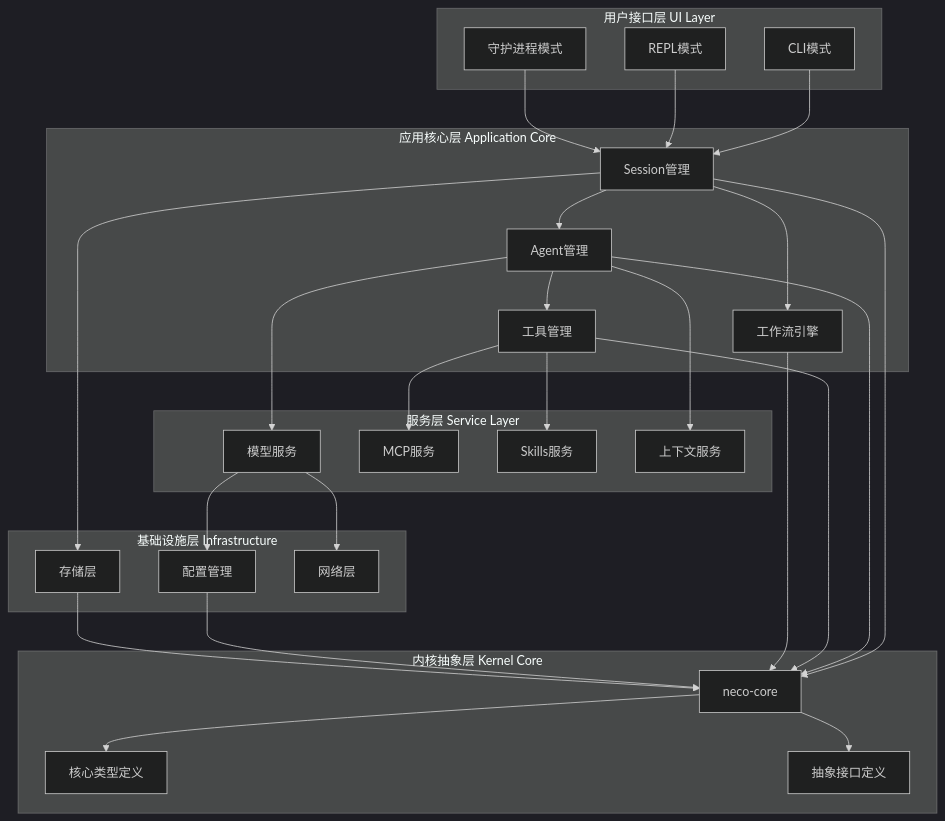
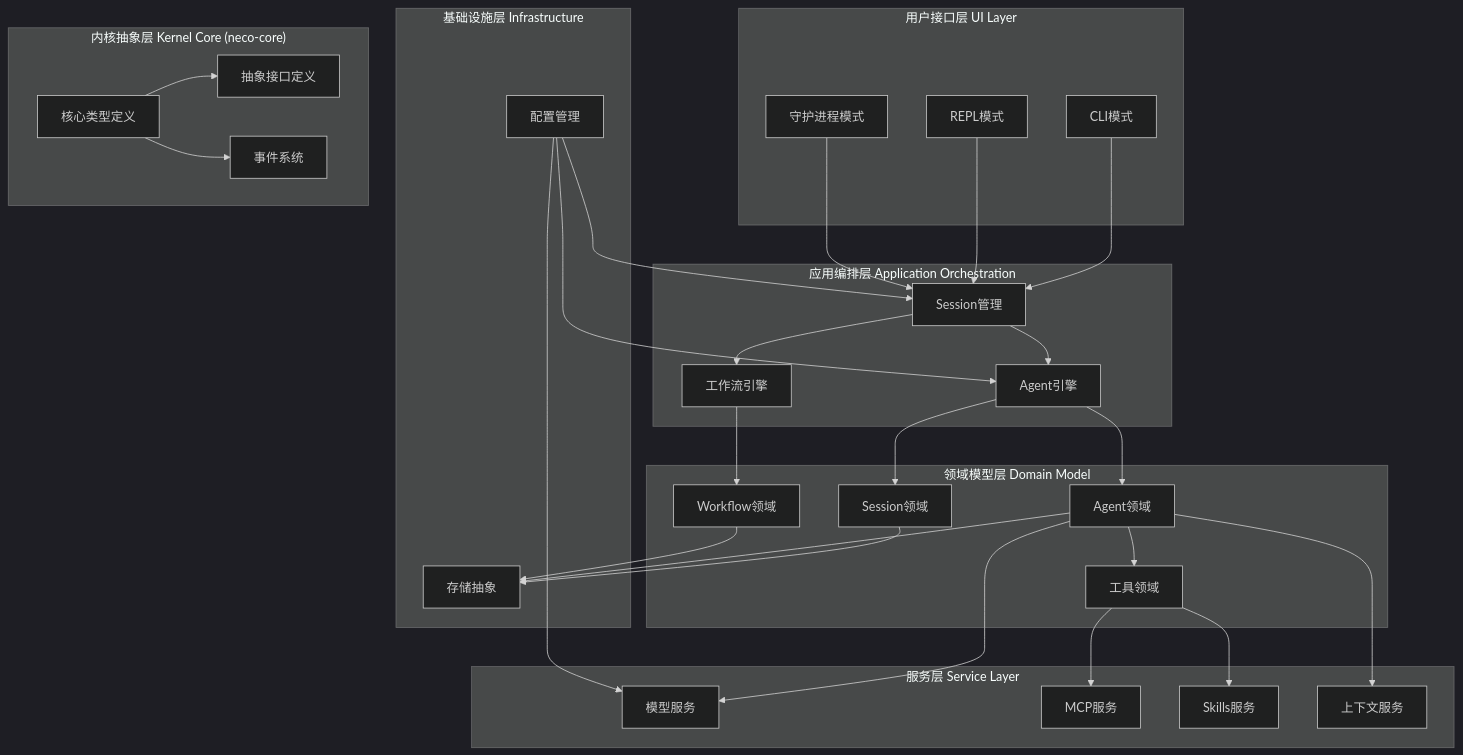
The first of 18 diagrams in progress/TECH.md (MiyakoMeow/neco), drawn with Mermaid (dark theme) before and after one commit. The commit also changed other lines of this file and 11 other files, not shown here.

````diff
--- a/progress/TECH.md
+++ b/progress/TECH.md
@@ -19,61 +17,67 @@
 ```mermaid
 graph TB
     subgraph "用户接口层 UI Layer"
         CLI[CLI模式]
         REPL[REPL模式]
         Daemon[守护进程模式]
     end
-
-    subgraph "应用核心层 Application Core"
+    
+    subgraph "应用编排层 Application Orchestration"
         SessionMgr[Session管理]
         Workflow[工作流引擎]
-        AgentMgr[Agent管理]
-        ToolMgr[工具管理]
+        AgentMgr[Agent引擎]
     end
-
+    
+    subgraph "领域模型层 Domain Model"
+        SessionDomain[Session领域]
+        AgentDomain[Agent领域]
+        WorkflowDomain[Workflow领域]
+        ToolDomain[工具领域]
+    end
+    
     subgraph "服务层 Service Layer"
         ModelService[模型服务]
         MCPService[MCP服务]
         SkillService[Skills服务]
         ContextService[上下文服务]
     end
-
+    
     subgraph "基础设施层 Infrastructure"
         Config[配置管理]
-        Storage[存储层]
-        Network[网络层]
+        Storage[存储抽象]
     end
-
-    subgraph "内核抽象层 Kernel Core"
-        Core[neco-core]
+    
+    subgraph "内核抽象层 Kernel Core (neco-core)"
         Types[核心类型定义]
         Traits[抽象接口定义]
+        Events[事件系统]
     end
-
+    
     CLI --> SessionMgr
     REPL --> SessionMgr
     Daemon --> SessionMgr
     
     SessionMgr --> AgentMgr
     SessionMgr --> Workflow
-    AgentMgr --> ToolMgr
     
-    AgentMgr --> ModelService
-    ToolMgr --> MCPService
-    ToolMgr --> SkillService
-    AgentMgr --> ContextService
+    AgentMgr --> SessionDomain
+    AgentMgr --> AgentDomain
+    Workflow --> WorkflowDomain
     
-    ModelService --> Config
-    ModelService --> Network
-    SessionMgr --> Storage
+    AgentDomain --> ModelService
+    AgentDomain --> ToolDomain
+    ToolDomain --> MCPService
+    ToolDomain --> SkillService
+    AgentDomain --> ContextService
     
-    SessionMgr --> Core
-    AgentMgr --> Core
-    ToolMgr --> Core
-    Workflow --> Core
-    Config --> Core
-    Storage --> Core
+    SessionDomain --> Storage
+    AgentDomain --> Storage
+    WorkflowDomain --> Storage
     
-    Core --> Types
-    Core --> Traits
+    Config --> SessionMgr
+    Config --> AgentMgr
+    Config --> ModelService
+    
+    Types --> Traits
+    Types --> Events
 ```
````
